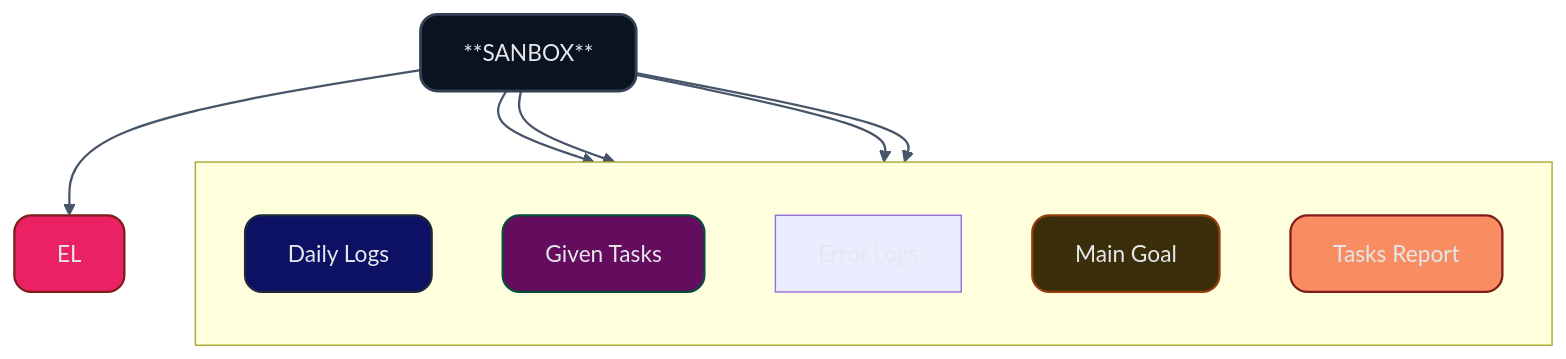
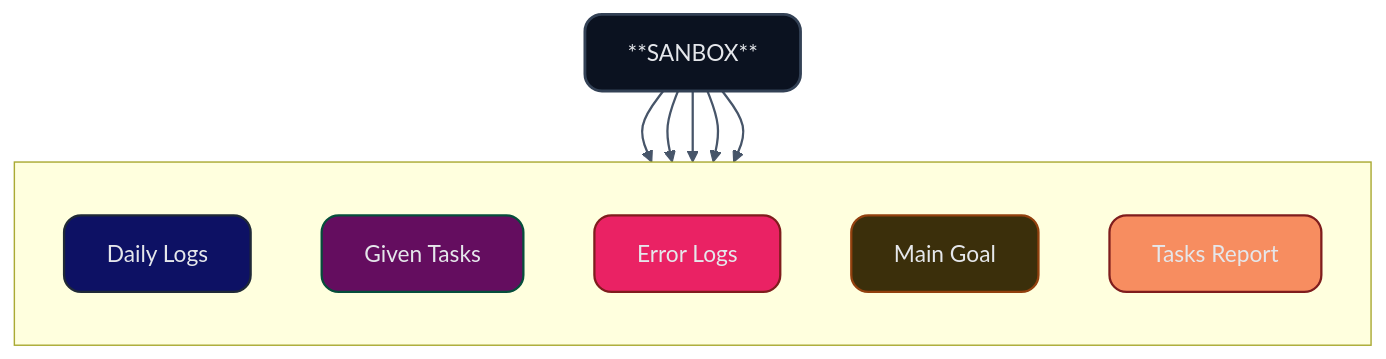
The diagram in README.md (znach-lab/znach-lab), drawn with Mermaid before and after one commit.

````diff
--- a/README.md
+++ b/README.md
@@ -34,56 +34,56 @@
 ```mermaid
 %% Koyu tema + varsayılan renkler
 %% (İstersen 'fontFamily'ni değiştirebilirsin)
 %%{init: {'theme':'dark', 'themeVariables': {
   'primaryColor':'#0f172a',          /* arka plan baz */
   'primaryTextColor':'#e5e7eb',      /* yazı */
   'primaryBorderColor':'#334155',    /* kenar çizgisi */
   'lineColor':'#475569',
   'fontFamily':'Inter, ui-sans-serif, system-ui'
 }}}%%
 
 
 
 flowchart TD
     A["**SANBOX**"]
 
     subgraph S1[ ]
         direction TB
         DL["Daily Logs"]
         TS["Given Tasks"]
-        EH["Error Logs"]
+        EL["Error Logs"]
         AH["Main Goal"]
         TR["Tasks Report"]
     end
 
     A --> DL
     A --> TS
     A --> AH
     A --> EL
     A --> TR
   
     %% Tıklanabilir bağlantılar (kendi repo linklerinle değiştir)
     click DL "https://github.com/znach-lab/lab-daily" "_blank"
     click TS "https://github.com/znach-lab/given-tasks" "_blank"
     click AH "https://github.com/znach-lab/main-goal" "_blank"
     click EL "https://github.com/znach-lab/error-logs" "_blank"
     click TR "https://github.com/znach-lab/task-reports" "_blank"
 
     %% Genel sınıflar (yuvarlatılmış köşe + daha kalın çizgi)
     classDef root fill:#0b1220,stroke:#334155,stroke-width:2px,color:#e5e7eb,rx:12,ry:12;
     classDef card fill:#111827,stroke:#374151,stroke-width:1.6px,color:#e5e7eb,rx:12,ry:12;
 
     %% Kenar renkleri biraz daha belirgin
     linkStyle default stroke:#475569,stroke-width:1.6px;
 
     %% Atamalar
     class A root
     class DL,TS,AH,EL,TR card
 
     %% Hafif vurgu istersen tek tek ton verebilirsin:
     style DL fill:#0D1164,stroke:#1f2937,color:#e5e7eb
     style TS fill:#640D5F,stroke:#064e3b,color:#e5e7eb
     style AH fill:#3b2f0b,stroke:#92400e,color:#e5e7eb
     style EL fill:#EA2264,stroke:#7f1d1d,color:#e5e7eb
     style TR fill:#F78D60,stroke:#7f1d1d,color:#e5e7eb
 ```
````
